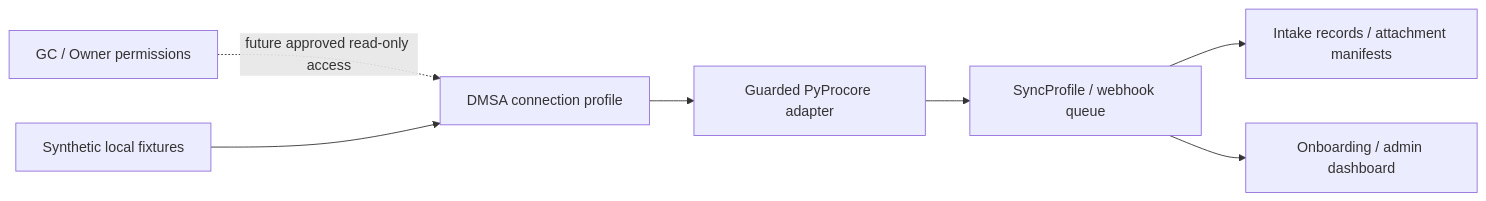
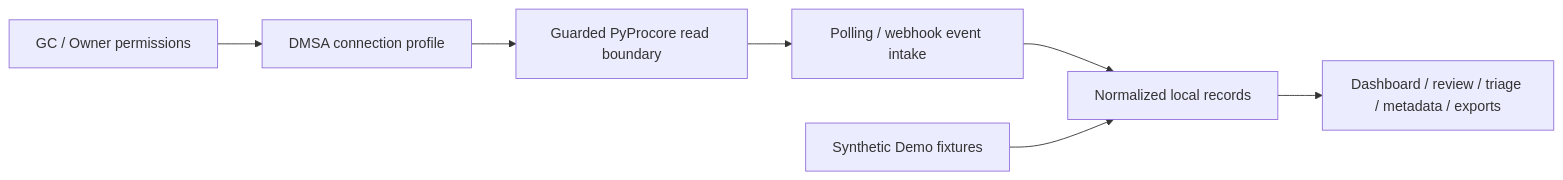
One commit to vibhanshu-mishra/procore-intake-bridge changed the diagram in README.md. Above: the diagram before and after it, drawn with Mermaid. The commit also changed other lines of this file and 5 other files, not shown here.

````diff
--- a/README.md
+++ b/README.md
@@ -276,9 +98,9 @@
 ```mermaid
 flowchart LR
-    A["GC / Owner permissions"] -. "future approved read-only access" .-> B["DMSA connection profile"]
-    F["Synthetic local fixtures"] --> B
-    B --> C["Guarded PyProcore adapter"]
-    C --> D["SyncProfile / webhook queue"]
-    D --> E["Intake records / attachment manifests"]
-    D --> G["Onboarding / admin dashboard"]
+    A["GC / Owner permissions"] --> B["DMSA connection profile"]
+    B --> C["Guarded PyProcore read boundary"]
+    C --> D["Polling / webhook event intake"]
+    D --> E["Normalized local records"]
+    E --> F["Dashboard / review / triage / metadata / exports"]
+    G["Synthetic Demo fixtures"] --> E
 ```
````
